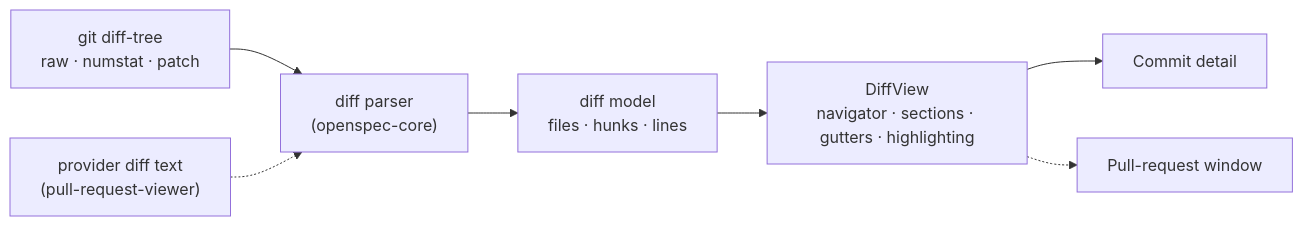
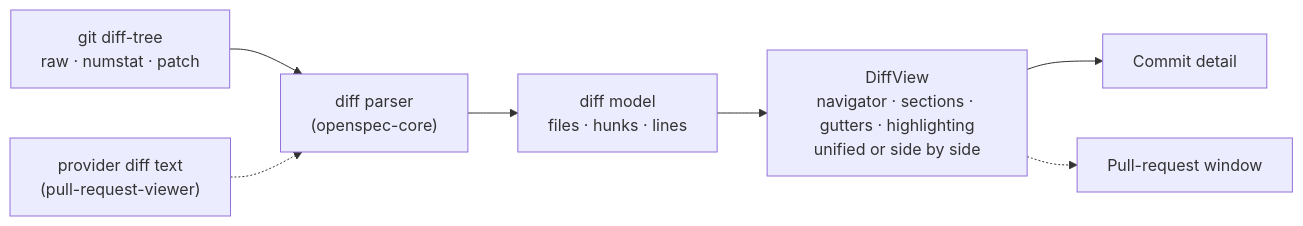
The diagram in openspec/changes/rich-diff-view/proposal.md (avantmedialtd/specforge), drawn with Mermaid before and after one commit. The commit also changed other lines of this file and 3 other files, not shown here.

First line of the commit message:
docs(openspec): let the diff view switch between unified and side by side

````diff
--- a/openspec/changes/rich-diff-view/proposal.md
+++ b/openspec/changes/rich-diff-view/proposal.md
@@ -13,9 +13,9 @@
 ```mermaid
 flowchart LR
   G["git diff-tree<br/>raw · numstat · patch"] --> P["diff parser<br/>(openspec-core)"]
   X["provider diff text<br/>(pull-request-viewer)"] -.-> P
   P --> M["diff model<br/>files · hunks · lines"]
-  M --> V["DiffView<br/>navigator · sections · gutters · highlighting"]
+  M --> V["DiffView<br/>navigator · sections · gutters · highlighting<br/>unified or side by side"]
   V --> C["Commit detail"]
   V -.-> W["Pull-request window"]
 ```
````
